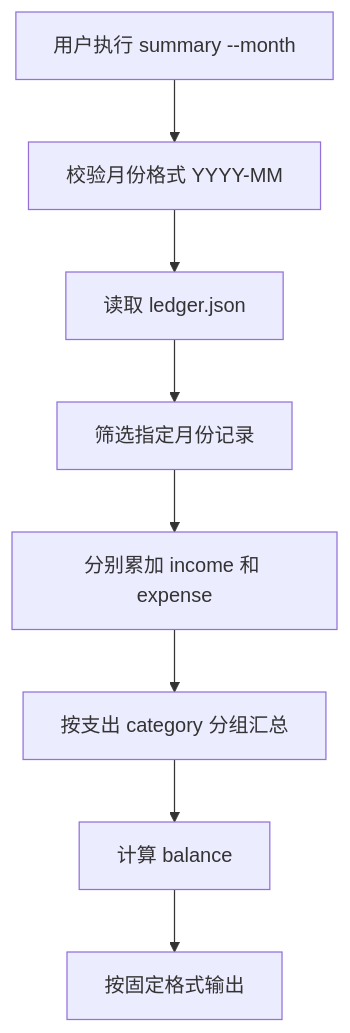
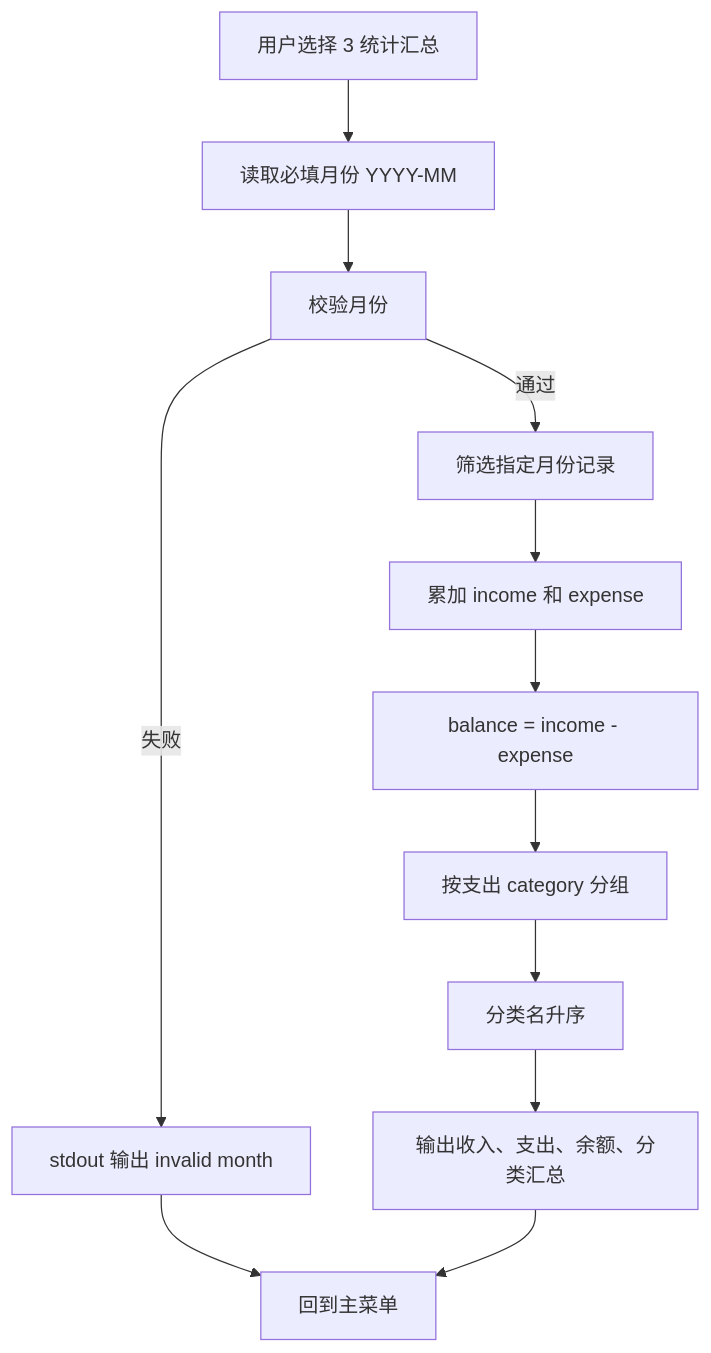
The sixth of 7 diagrams in benchmark/selfbuilt/cases/02_personal_ledger/input/design_model.md (JerryChen-USTB/CodeAgent), drawn with Mermaid before and after one commit. The commit also changed other lines of this file and 67 other files, not shown here.

````diff
--- a/benchmark/selfbuilt/cases/02_personal_ledger/input/design_model.md
+++ b/benchmark/selfbuilt/cases/02_personal_ledger/input/design_model.md
@@ -40,10 +208,14 @@
 ```mermaid
 flowchart TD
-    A["用户执行 summary --month"] --> B["校验月份格式 YYYY-MM"]
-    B --> C["读取 ledger.json"]
-    C --> D["筛选指定月份记录"]
-    D --> E["分别累加 income 和 expense"]
-    E --> F["按支出 category 分组汇总"]
-    F --> G["计算 balance"]
-    G --> H["按固定格式输出"]
+    A["用户选择 3 统计汇总"] --> B["读取必填月份 YYYY-MM"]
+    B --> C["校验月份"]
+    C -->|失败| D["stdout 输出 invalid month"]
+    C -->|通过| E["筛选指定月份记录"]
+    E --> F["累加 income 和 expense"]
+    F --> G["balance = income - expense"]
+    G --> H["按支出 category 分组"]
+    H --> I["分类名升序"]
+    I --> J["输出收入、支出、余额、分类汇总"]
+    D --> K["回到主菜单"]
+    J --> K
 ```
````
